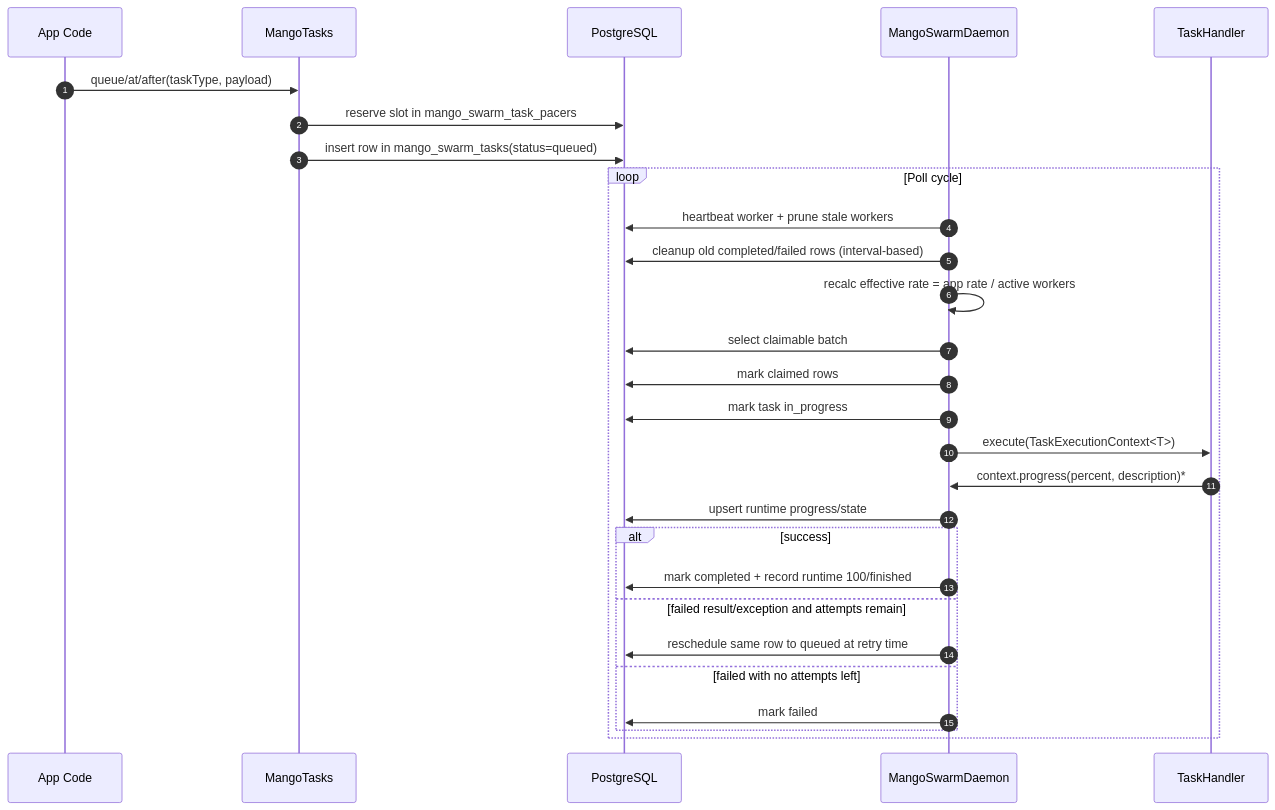
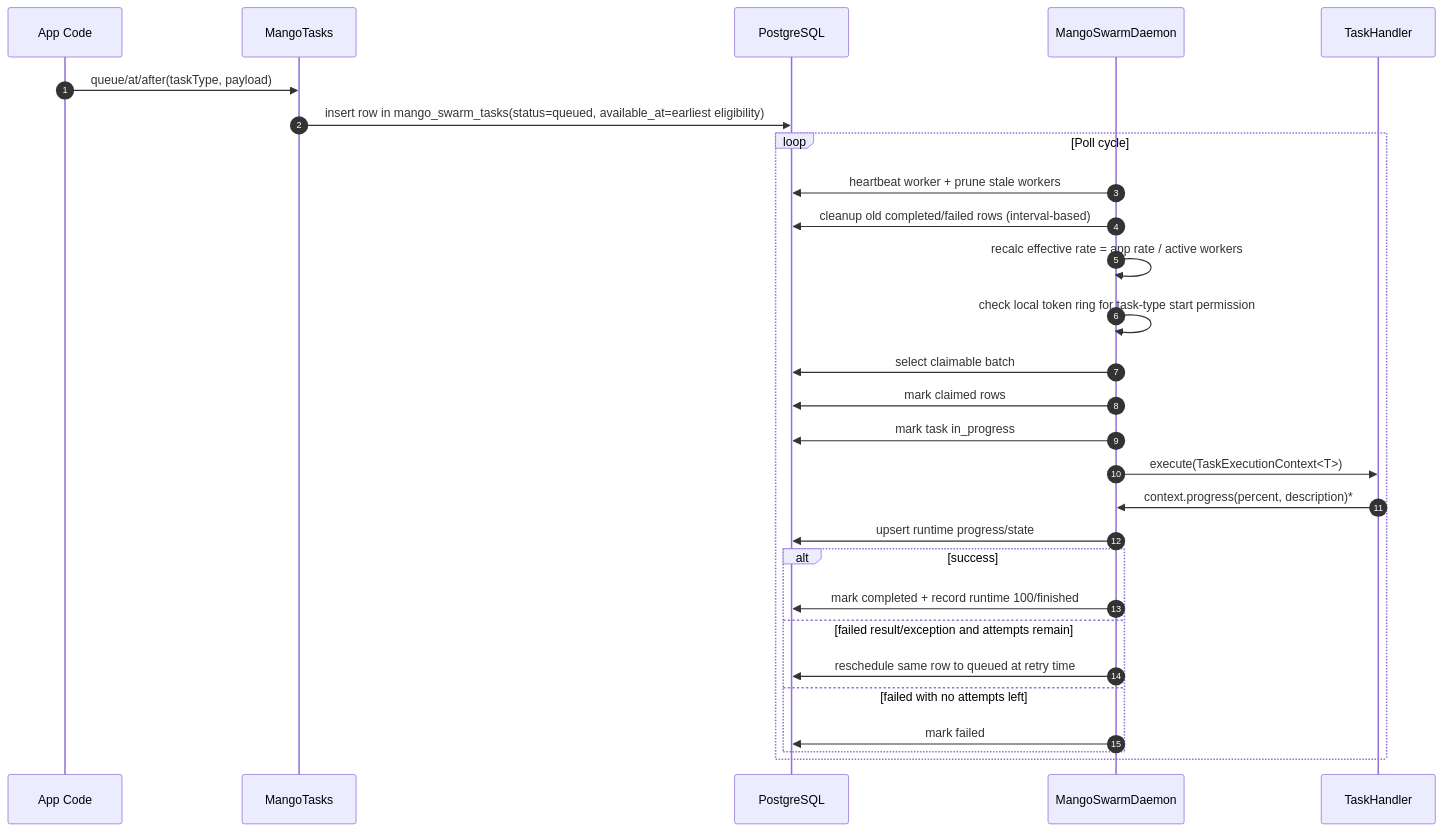
One commit to bitstep-ie/mango4j-swarm changed the first of 2 diagrams in documentation/how-mango-swarm-works.md. Above: the diagram before and after it, drawn with Mermaid. The commit also changed other lines of this file and 17 other files, not shown here.

Commit message:
Add local token-ring task pacing

````diff
--- a/documentation/how-mango-swarm-works.md
+++ b/documentation/how-mango-swarm-works.md
@@ -94,32 +83,32 @@
 ```mermaid
 sequenceDiagram
     autonumber
     participant App as App Code
     participant API as MangoTasks
     participant DB as PostgreSQL
     participant D as MangoSwarmDaemon
     participant H as TaskHandler
 
     App->>API: queue/at/after(taskType, payload)
-    API->>DB: reserve slot in mango_swarm_task_pacers
-    API->>DB: insert row in mango_swarm_tasks(status=queued)
+    API->>DB: insert row in mango_swarm_tasks(status=queued, available_at=earliest eligibility)
 
     loop Poll cycle
         D->>DB: heartbeat worker + prune stale workers
         D->>DB: cleanup old completed/failed rows (interval-based)
         D->>D: recalc effective rate = app rate / active workers
+        D->>D: check local token ring for task-type start permission
         D->>DB: select claimable batch
         D->>DB: mark claimed rows
         D->>DB: mark task in_progress
         D->>H: execute(TaskExecutionContext<T>)
         H->>D: context.progress(percent, description)*
         D->>DB: upsert runtime progress/state
         alt success
             D->>DB: mark completed + record runtime 100/finished
         else failed result/exception and attempts remain
             D->>DB: reschedule same row to queued at retry time
         else failed with no attempts left
             D->>DB: mark failed
         end
     end
 ```
````
